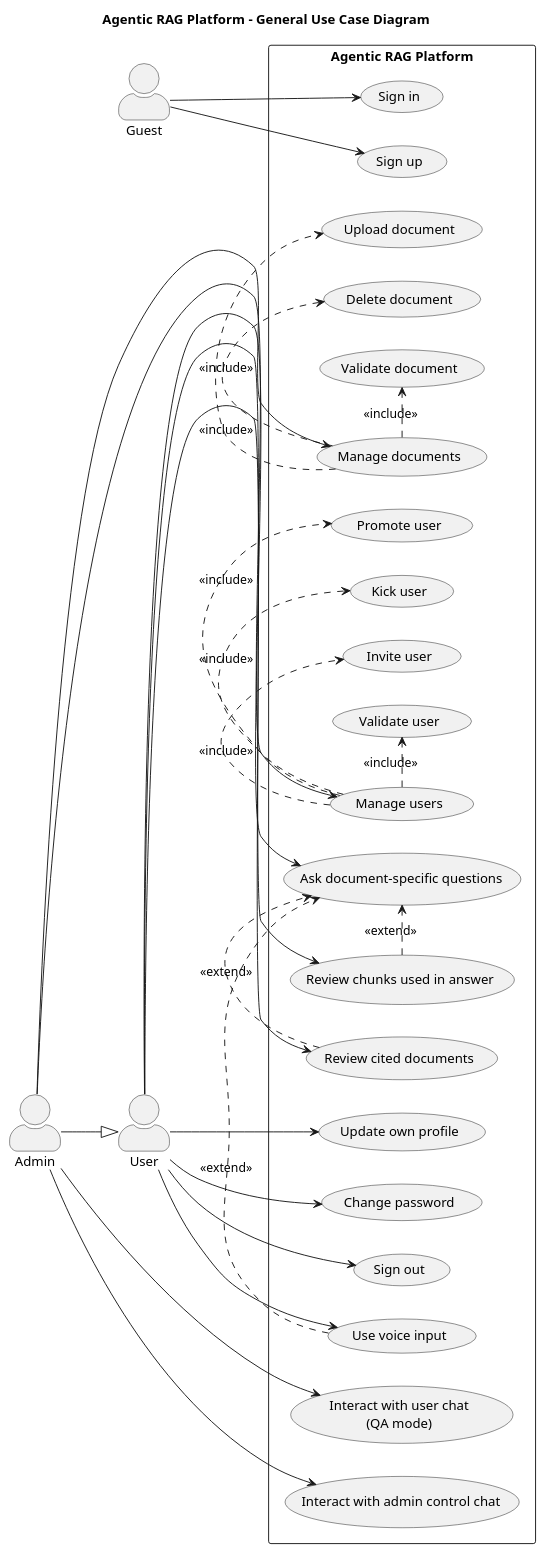
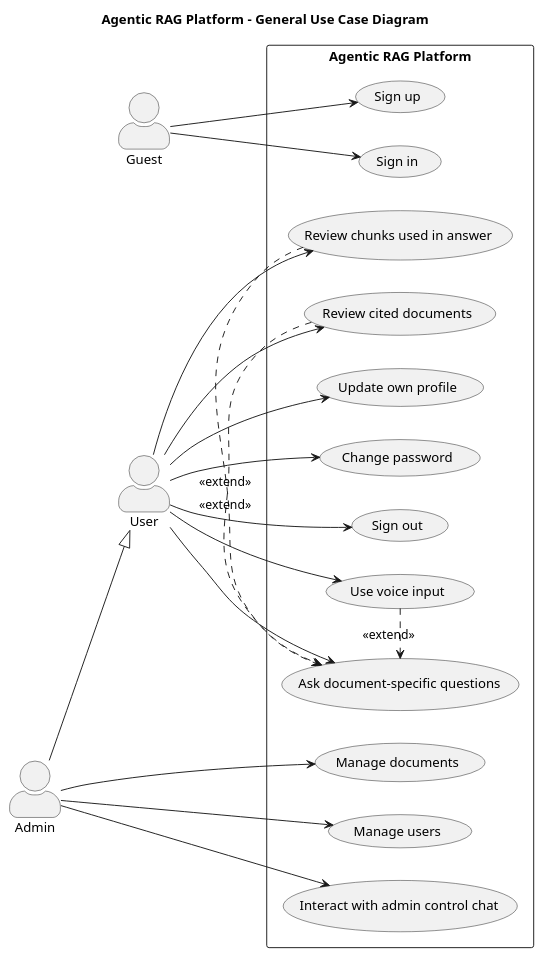
The diagram in docs/diagrams/general-use-case-diagram.puml (nessimhjaiej/Agent), drawn with PlantUML before and after one commit.

Commit message:
Refactor general use case diagram by removing use cases
Removed unused use cases related to document and user management from the general use case diagram.

```diff
--- a/docs/diagrams/general-use-case-diagram.puml
+++ b/docs/diagrams/general-use-case-diagram.puml
@@ -1,70 +1,55 @@
 @startuml
 left to right direction
 skinparam packageStyle rectangle
 skinparam shadowing false
 skinparam actorStyle awesome
 
 title Agentic RAG Platform - General Use Case Diagram
 
 actor Guest
 actor User
 actor Admin
 
 rectangle "Agentic RAG Platform" {
   usecase "Sign up" as UC_SignUp
   usecase "Sign in" as UC_SignIn
   usecase "Update own profile" as UC_UpdateProfile
   usecase "Change password" as UC_ChangePassword
   usecase "Sign out" as UC_SignOut
 
   usecase "Ask document-specific questions" as UC_Ask
   usecase "Use voice input" as UC_Voice
   usecase "Review chunks used in answer" as UC_Chunks
   usecase "Review cited documents" as UC_CitedDocs
 
   usecase "Manage documents" as UC_ManageDocs
-  usecase "Upload document" as UC_Upload
-  usecase "Delete document" as UC_DeleteDoc
-  usecase "Validate document" as UC_ValidateDoc
+ 
 
   usecase "Manage users" as UC_ManageUsers
-  usecase "Invite user" as UC_InviteUser
-  usecase "Validate user" as UC_ValidateUser
-  usecase "Promote user" as UC_PromoteUser
-  usecase "Kick user" as UC_KickUser
 
-  usecase "Interact with user chat\n(QA mode)" as UC_UserChat
+
   usecase "Interact with admin control chat" as UC_AdminChat
 }
 
 Guest --> UC_SignUp
 Guest --> UC_SignIn
 
 User --> UC_Ask
 User --> UC_Voice
 User --> UC_Chunks
 User --> UC_CitedDocs
 User --> UC_UpdateProfile
 User --> UC_ChangePassword
 User --> UC_SignOut
 
 Admin --|> User
 Admin --> UC_ManageDocs
 Admin --> UC_ManageUsers
-Admin --> UC_UserChat
 Admin --> UC_AdminChat
 
 UC_Voice .> UC_Ask : <<extend>>
 UC_Chunks .> UC_Ask : <<extend>>
 UC_CitedDocs .> UC_Ask : <<extend>>
 
-UC_ManageDocs .> UC_Upload : <<include>>
-UC_ManageDocs .> UC_DeleteDoc : <<include>>
-UC_ManageDocs .> UC_ValidateDoc : <<include>>
-
-UC_ManageUsers .> UC_InviteUser : <<include>>
-UC_ManageUsers .> UC_ValidateUser : <<include>>
-UC_ManageUsers .> UC_PromoteUser : <<include>>
-UC_ManageUsers .> UC_KickUser : <<include>>
 
 @enduml
```
